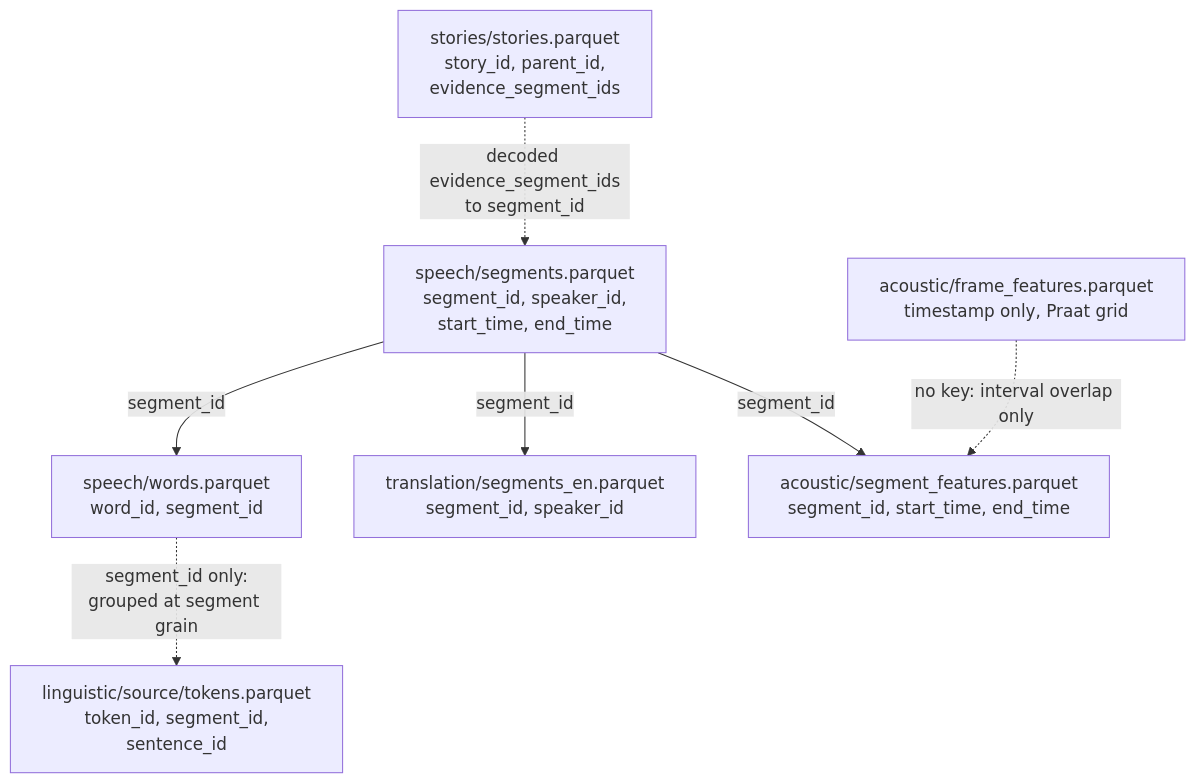
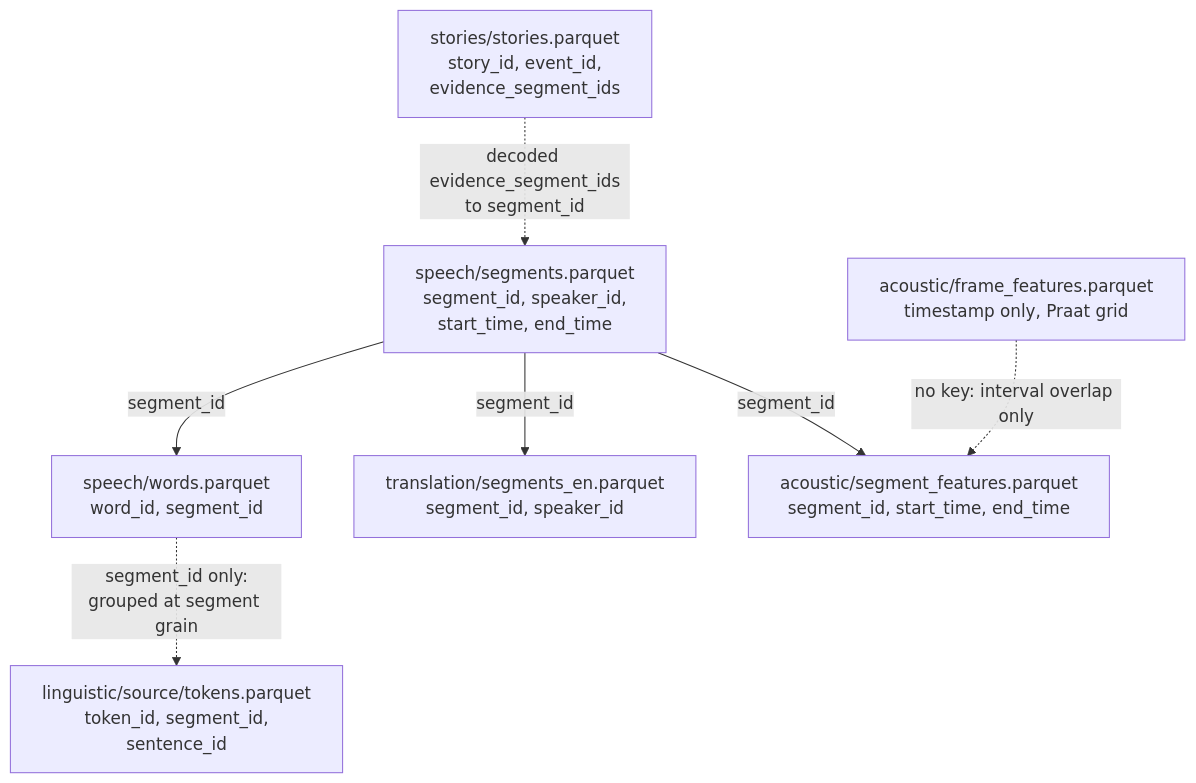
Before and after one commit to RaulKite/storytell-pipeline: the first of 2 diagrams in docs/datasets.md, drawn with Mermaid. The commit also changed other lines of this file and 3 other files, not shown here.

````diff
--- a/docs/datasets.md
+++ b/docs/datasets.md
@@ -108,14 +106,14 @@
 ```mermaid
 flowchart TB
     seg["speech/segments.parquet<br/>segment_id, speaker_id,<br/>start_time, end_time"]
     words["speech/words.parquet<br/>word_id, segment_id"]
     en["translation/segments_en.parquet<br/>segment_id, speaker_id"]
     tok["linguistic/source/tokens.parquet<br/>token_id, segment_id,<br/>sentence_id"]
     acseg["acoustic/segment_features.parquet<br/>segment_id, start_time, end_time"]
     acfr["acoustic/frame_features.parquet<br/>timestamp only, Praat grid"]
-    st["stories/stories.parquet<br/>story_id, parent_id,<br/>evidence_segment_ids"]
+    st["stories/stories.parquet<br/>story_id, event_id,<br/>evidence_segment_ids"]
     seg -- "segment_id" --> words & en & acseg
     words -. "segment_id only:<br/>grouped at segment grain" .-> tok
     acfr -. "no key: interval overlap only" .-> acseg
     st -. "decoded evidence_segment_ids<br/>to segment_id" .-> seg
 ```
````
